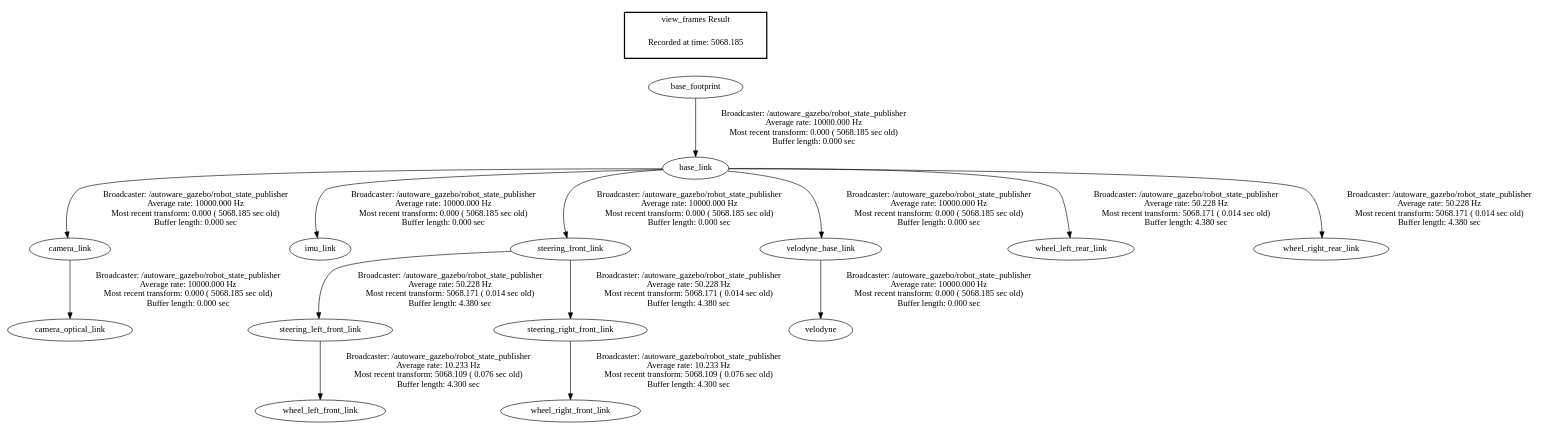
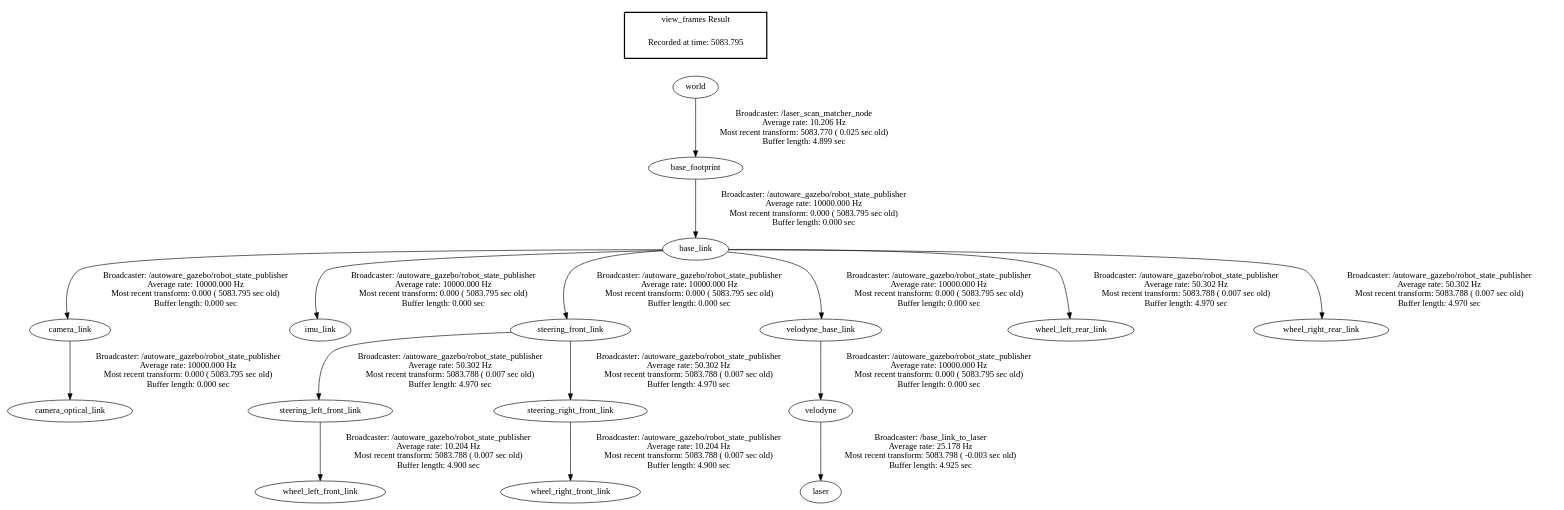
One commit to 7asebat/LiDARSLAM changed the diagram in frames.gv. Above: the diagram before and after it, drawn with Graphviz. The commit also changed 5 other files, not shown here.

```diff
--- a/frames.gv
+++ b/frames.gv
@@ -1,19 +1,21 @@
 digraph G {
-"base_footprint" -> "base_link"[label="Broadcaster: /autoware_gazebo/robot_state_publisher\nAverage rate: 10000.000 Hz\nMost recent transform: 0.000 ( 5068.185 sec old)\nBuffer length: 0.000 sec\n"];
-"base_link" -> "camera_link"[label="Broadcaster: /autoware_gazebo/robot_state_publisher\nAverage rate: 10000.000 Hz\nMost recent transform: 0.000 ( 5068.185 sec old)\nBuffer length: 0.000 sec\n"];
-"camera_link" -> "camera_optical_link"[label="Broadcaster: /autoware_gazebo/robot_state_publisher\nAverage rate: 10000.000 Hz\nMost recent transform: 0.000 ( 5068.185 sec old)\nBuffer length: 0.000 sec\n"];
-"base_link" -> "imu_link"[label="Broadcaster: /autoware_gazebo/robot_state_publisher\nAverage rate: 10000.000 Hz\nMost recent transform: 0.000 ( 5068.185 sec old)\nBuffer length: 0.000 sec\n"];
-"base_link" -> "steering_front_link"[label="Broadcaster: /autoware_gazebo/robot_state_publisher\nAverage rate: 10000.000 Hz\nMost recent transform: 0.000 ( 5068.185 sec old)\nBuffer length: 0.000 sec\n"];
-"base_link" -> "velodyne_base_link"[label="Broadcaster: /autoware_gazebo/robot_state_publisher\nAverage rate: 10000.000 Hz\nMost recent transform: 0.000 ( 5068.185 sec old)\nBuffer length: 0.000 sec\n"];
-"velodyne_base_link" -> "velodyne"[label="Broadcaster: /autoware_gazebo/robot_state_publisher\nAverage rate: 10000.000 Hz\nMost recent transform: 0.000 ( 5068.185 sec old)\nBuffer length: 0.000 sec\n"];
-"steering_front_link" -> "steering_left_front_link"[label="Broadcaster: /autoware_gazebo/robot_state_publisher\nAverage rate: 50.228 Hz\nMost recent transform: 5068.171 ( 0.014 sec old)\nBuffer length: 4.380 sec\n"];
-"steering_front_link" -> "steering_right_front_link"[label="Broadcaster: /autoware_gazebo/robot_state_publisher\nAverage rate: 50.228 Hz\nMost recent transform: 5068.171 ( 0.014 sec old)\nBuffer length: 4.380 sec\n"];
-"base_link" -> "wheel_left_rear_link"[label="Broadcaster: /autoware_gazebo/robot_state_publisher\nAverage rate: 50.228 Hz\nMost recent transform: 5068.171 ( 0.014 sec old)\nBuffer length: 4.380 sec\n"];
-"base_link" -> "wheel_right_rear_link"[label="Broadcaster: /autoware_gazebo/robot_state_publisher\nAverage rate: 50.228 Hz\nMost recent transform: 5068.171 ( 0.014 sec old)\nBuffer length: 4.380 sec\n"];
-"steering_left_front_link" -> "wheel_left_front_link"[label="Broadcaster: /autoware_gazebo/robot_state_publisher\nAverage rate: 10.233 Hz\nMost recent transform: 5068.109 ( 0.076 sec old)\nBuffer length: 4.300 sec\n"];
-"steering_right_front_link" -> "wheel_right_front_link"[label="Broadcaster: /autoware_gazebo/robot_state_publisher\nAverage rate: 10.233 Hz\nMost recent transform: 5068.109 ( 0.076 sec old)\nBuffer length: 4.300 sec\n"];
+"base_footprint" -> "base_link"[label="Broadcaster: /autoware_gazebo/robot_state_publisher\nAverage rate: 10000.000 Hz\nMost recent transform: 0.000 ( 5083.795 sec old)\nBuffer length: 0.000 sec\n"];
+"world" -> "base_footprint"[label="Broadcaster: /laser_scan_matcher_node\nAverage rate: 10.206 Hz\nMost recent transform: 5083.770 ( 0.025 sec old)\nBuffer length: 4.899 sec\n"];
+"base_link" -> "camera_link"[label="Broadcaster: /autoware_gazebo/robot_state_publisher\nAverage rate: 10000.000 Hz\nMost recent transform: 0.000 ( 5083.795 sec old)\nBuffer length: 0.000 sec\n"];
+"camera_link" -> "camera_optical_link"[label="Broadcaster: /autoware_gazebo/robot_state_publisher\nAverage rate: 10000.000 Hz\nMost recent transform: 0.000 ( 5083.795 sec old)\nBuffer length: 0.000 sec\n"];
+"base_link" -> "imu_link"[label="Broadcaster: /autoware_gazebo/robot_state_publisher\nAverage rate: 10000.000 Hz\nMost recent transform: 0.000 ( 5083.795 sec old)\nBuffer length: 0.000 sec\n"];
+"base_link" -> "steering_front_link"[label="Broadcaster: /autoware_gazebo/robot_state_publisher\nAverage rate: 10000.000 Hz\nMost recent transform: 0.000 ( 5083.795 sec old)\nBuffer length: 0.000 sec\n"];
+"base_link" -> "velodyne_base_link"[label="Broadcaster: /autoware_gazebo/robot_state_publisher\nAverage rate: 10000.000 Hz\nMost recent transform: 0.000 ( 5083.795 sec old)\nBuffer length: 0.000 sec\n"];
+"velodyne_base_link" -> "velodyne"[label="Broadcaster: /autoware_gazebo/robot_state_publisher\nAverage rate: 10000.000 Hz\nMost recent transform: 0.000 ( 5083.795 sec old)\nBuffer length: 0.000 sec\n"];
+"steering_front_link" -> "steering_left_front_link"[label="Broadcaster: /autoware_gazebo/robot_state_publisher\nAverage rate: 50.302 Hz\nMost recent transform: 5083.788 ( 0.007 sec old)\nBuffer length: 4.970 sec\n"];
+"steering_front_link" -> "steering_right_front_link"[label="Broadcaster: /autoware_gazebo/robot_state_publisher\nAverage rate: 50.302 Hz\nMost recent transform: 5083.788 ( 0.007 sec old)\nBuffer length: 4.970 sec\n"];
+"base_link" -> "wheel_left_rear_link"[label="Broadcaster: /autoware_gazebo/robot_state_publisher\nAverage rate: 50.302 Hz\nMost recent transform: 5083.788 ( 0.007 sec old)\nBuffer length: 4.970 sec\n"];
+"base_link" -> "wheel_right_rear_link"[label="Broadcaster: /autoware_gazebo/robot_state_publisher\nAverage rate: 50.302 Hz\nMost recent transform: 5083.788 ( 0.007 sec old)\nBuffer length: 4.970 sec\n"];
+"velodyne" -> "laser"[label="Broadcaster: /base_link_to_laser\nAverage rate: 25.178 Hz\nMost recent transform: 5083.798 ( -0.003 sec old)\nBuffer length: 4.925 sec\n"];
+"steering_left_front_link" -> "wheel_left_front_link"[label="Broadcaster: /autoware_gazebo/robot_state_publisher\nAverage rate: 10.204 Hz\nMost recent transform: 5083.788 ( 0.007 sec old)\nBuffer length: 4.900 sec\n"];
+"steering_right_front_link" -> "wheel_right_front_link"[label="Broadcaster: /autoware_gazebo/robot_state_publisher\nAverage rate: 10.204 Hz\nMost recent transform: 5083.788 ( 0.007 sec old)\nBuffer length: 4.900 sec\n"];
 edge [style=invis];
  subgraph cluster_legend { style=bold; color=black; label ="view_frames Result";
-"Recorded at time: 5068.185"[ shape=plaintext ] ;
- }->"base_footprint";
+"Recorded at time: 5083.795"[ shape=plaintext ] ;
+ }->"world";
 }
```
